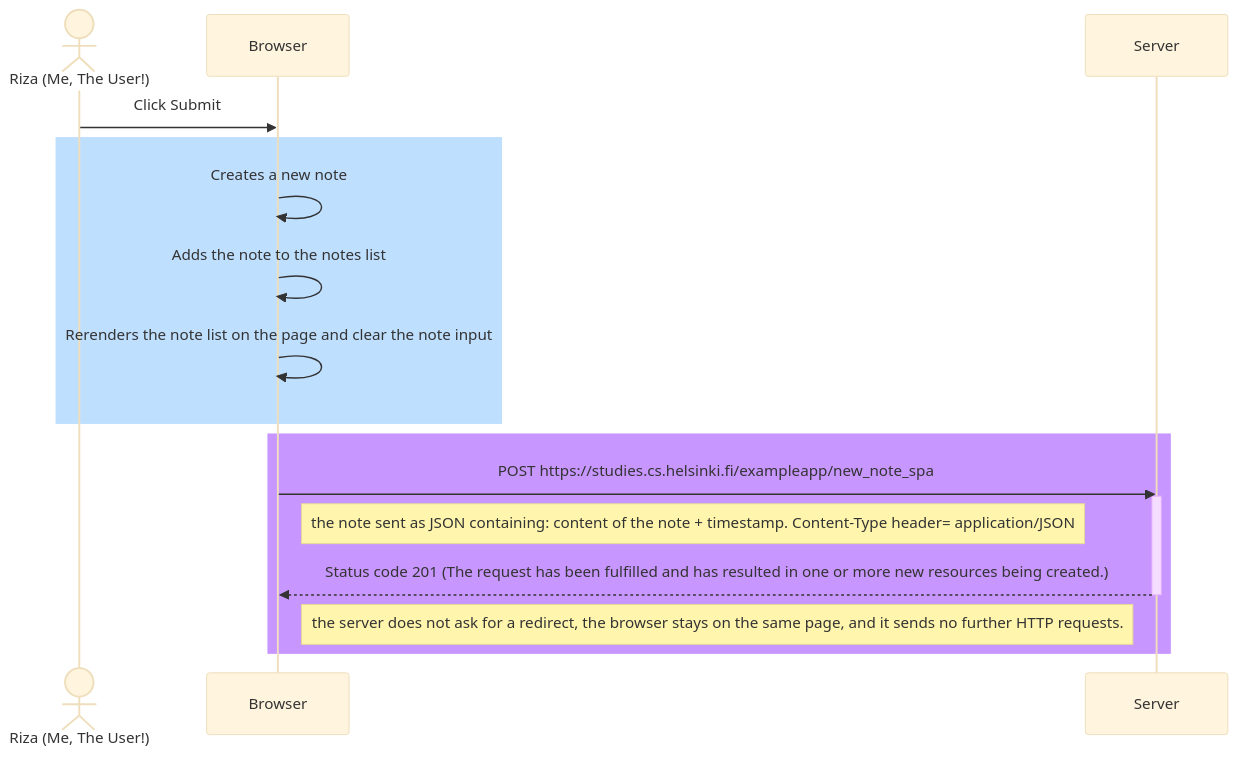
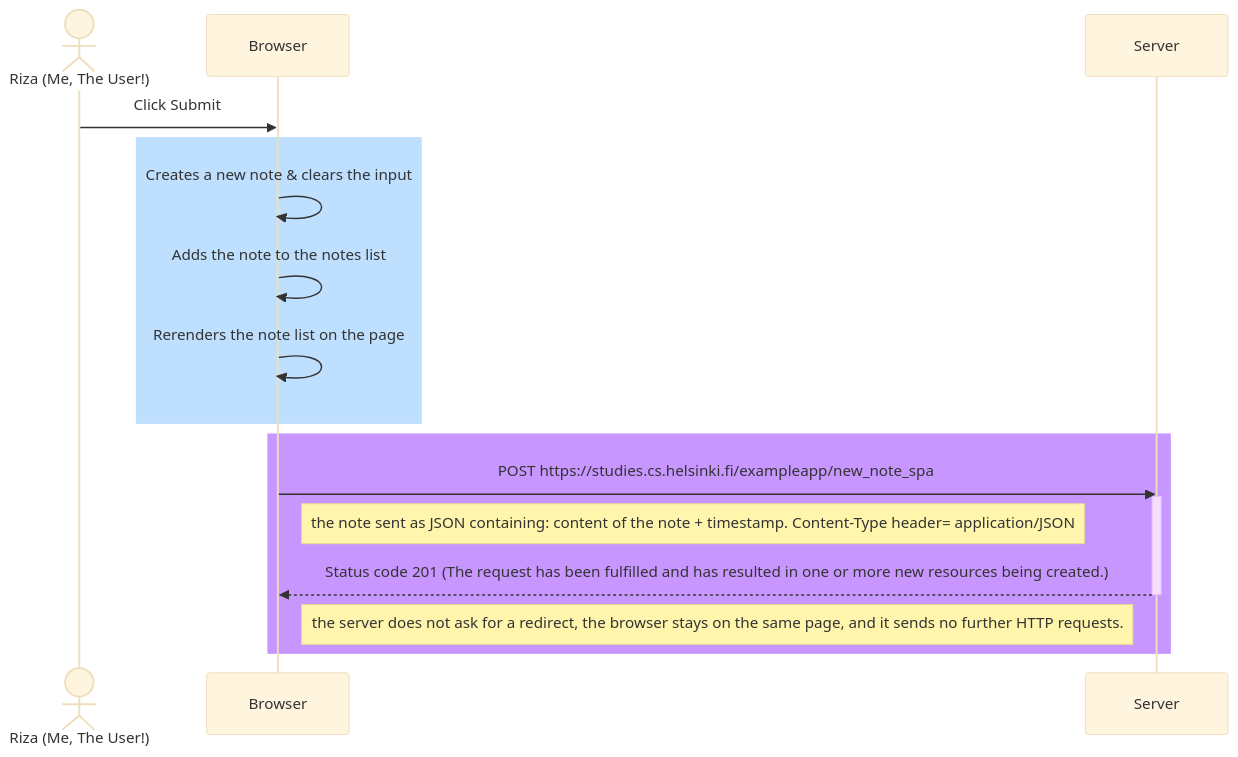
One commit to urmulu-riza/FullStackOpen-Part0 changed the diagram in SPA-NewNoteSeqDiagram.md. Above: the diagram before and after it, drawn with Mermaid (base theme).

Commit message:
grammar 2!

````diff
--- a/SPA-NewNoteSeqDiagram.md
+++ b/SPA-NewNoteSeqDiagram.md
@@ -5,25 +5,25 @@
 ```mermaid
 sequenceDiagram
     Actor r as Riza (Me, The User!)
     participant b as Browser
     participant s as Server
 
     r->>b: Click Submit
     rect rgb(191, 223, 255)
-    b->>b: Creates a new note
+    b->>b: Creates a new note & clears the input
     b->>b: Adds the note to the notes list
-    b->>b: Rerenders the note list on the page and clear the note input
+    b->>b: Rerenders the note list on the page
     end
 
 
     rect rgb(200, 150, 255)
     b->>s: POST https://studies.cs.helsinki.fi/exampleapp/new_note_spa
     activate s
 
     Note right of b: the note sent as JSON containing: content of the note + timestamp.  Content-Type header= application/JSON
     s-->>b: Status code 201 (The request has been fulfilled and has resulted in one or more new resources being created.)
      deactivate s
     Note right of b: the server does not ask for a redirect, the browser stays on the same page, and it sends no further HTTP requests.
 
     end
 ```
````
